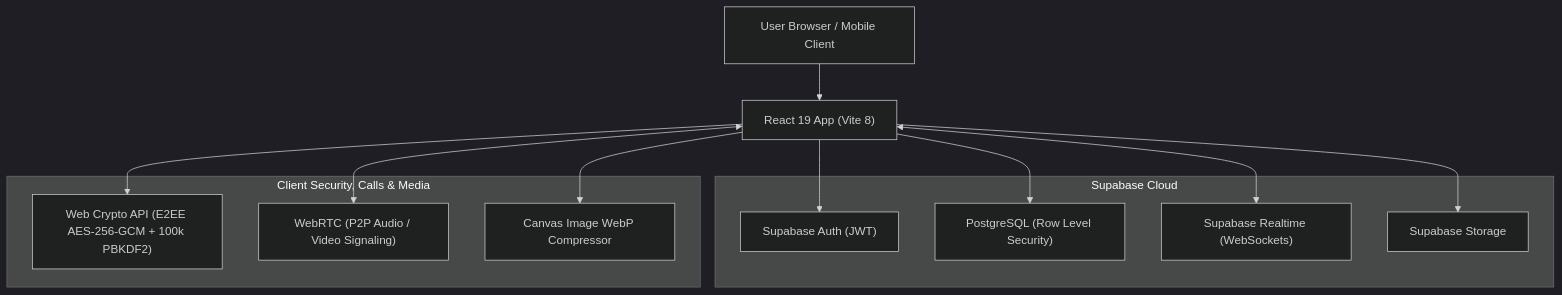
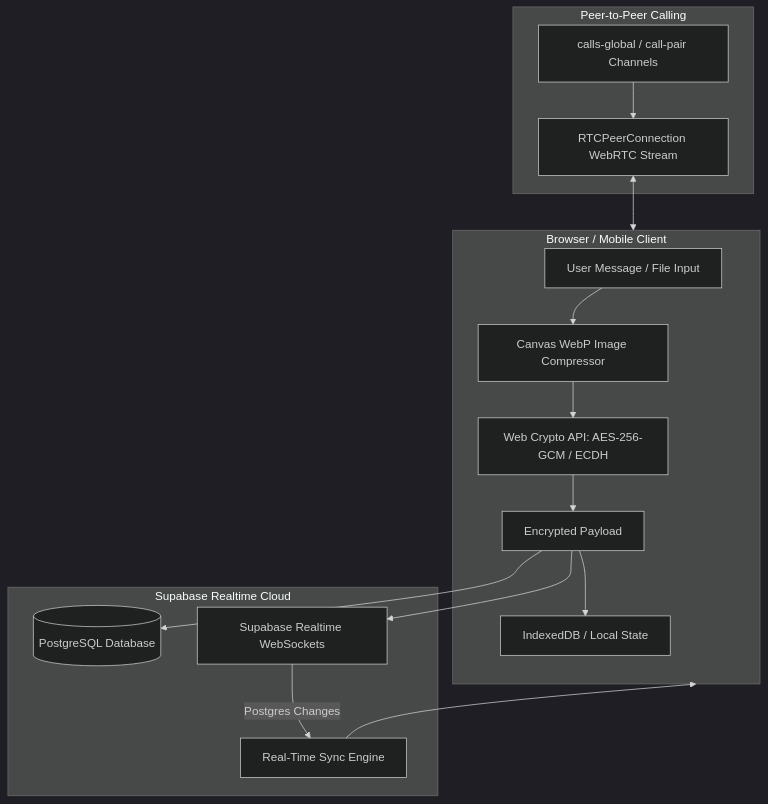
One commit to VishnuSreeVidya/NodeTalk changed the diagram in README.md. Above: the diagram before and after it, drawn with Mermaid (dark theme). The commit also changed other lines of this file and 2 other files, not shown here.

Commit message:
docs: enhance README with professional typography, architecture diagrams, and screenshot showcase gallery

````diff
--- a/README.md
+++ b/README.md
@@ -56,27 +62,22 @@
 ```mermaid
-graph TD
-    User["User Browser / Mobile Client"]
-    ReactApp["React 19 App (Vite 8)"]
-
-    subgraph SupabaseCloud["Supabase Cloud"]
-        Auth["Supabase Auth (JWT)"]
-        Database["PostgreSQL (Row Level Security)"]
-        Realtime["Supabase Realtime (WebSockets)"]
-        Storage["Supabase Storage"]
+flowchart TD
+    subgraph Client [Browser / Mobile Client]
+        Input[User Message / File Input] --> Compressor[Canvas WebP Image Compressor]
+        Compressor --> EncryptEngine[Web Crypto API: AES-256-GCM / ECDH]
+        EncryptEngine --> Ciphertext[Encrypted Payload]
+        Ciphertext --> LocalCache[IndexedDB / Local State]
     end
 
-    subgraph ClientAPIs["Client Security, Calls & Media"]
-        Crypto["Web Crypto API (E2EE AES-256-GCM + 100k PBKDF2)"]
-        WebRTC["WebRTC (P2P Audio / Video Signaling)"]
-        Compressor["Canvas Image WebP Compressor"]
+    subgraph SupabaseCloud [Supabase Realtime Cloud]
+        Ciphertext --> DB[(PostgreSQL Database)]
+        Ciphertext --> Realtime[Supabase Realtime WebSockets]
+        Realtime -->|Postgres Changes| Sync[Real-Time Sync Engine]
     end
 
-    User --> ReactApp
-    ReactApp --> Auth
-    ReactApp --> Database
-    ReactApp <--> Realtime
-    ReactApp --> Storage
-    ReactApp --> Crypto
-    ReactApp --> Compressor
-    ReactApp <--> WebRTC
+    subgraph WebRTCSignaling [Peer-to-Peer Calling]
+        Signaling[calls-global / call-pair Channels] --> PeerConn[RTCPeerConnection WebRTC Stream]
+    end
+
+    Sync --> Client
+    PeerConn <--> Client
 ```
````
